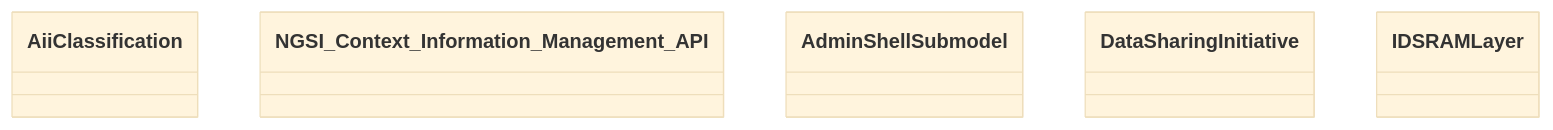
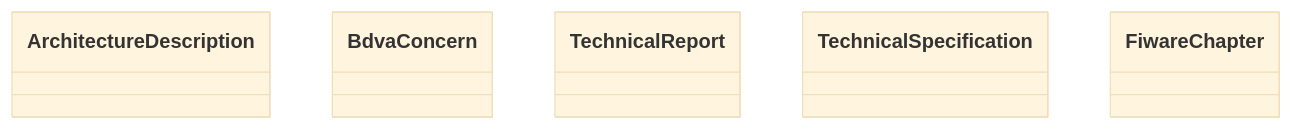
The diagram in output/ieswc_leng/i40.ttl-leng-5.md (oeg-upm/Devos), drawn with Mermaid (base theme) before and after one commit. The commit also changed 53 other files, not shown here.

Commit message:
fix the generation diagrams

````diff
--- a/output/ieswc_leng/i40.ttl-leng-5.md
+++ b/output/ieswc_leng/i40.ttl-leng-5.md
@@ -1,27 +1,27 @@
 ```mermaid
 	classDiagram
 
     
-    class AiiClassification {
+    class ArchitectureDescription {
     
     }
 
-    class NGSI_Context_Information_Management_API {
+    class BdvaConcern {
     
     }
 
-    class AdminShellSubmodel {
+    class TechnicalReport {
     
     }
 
-    class DataSharingInitiative {
+    class TechnicalSpecification {
     
     }
 
-    class IDSRAMLayer {
+    class FiwareChapter {
     
     }
 
 
 
 ```
````
